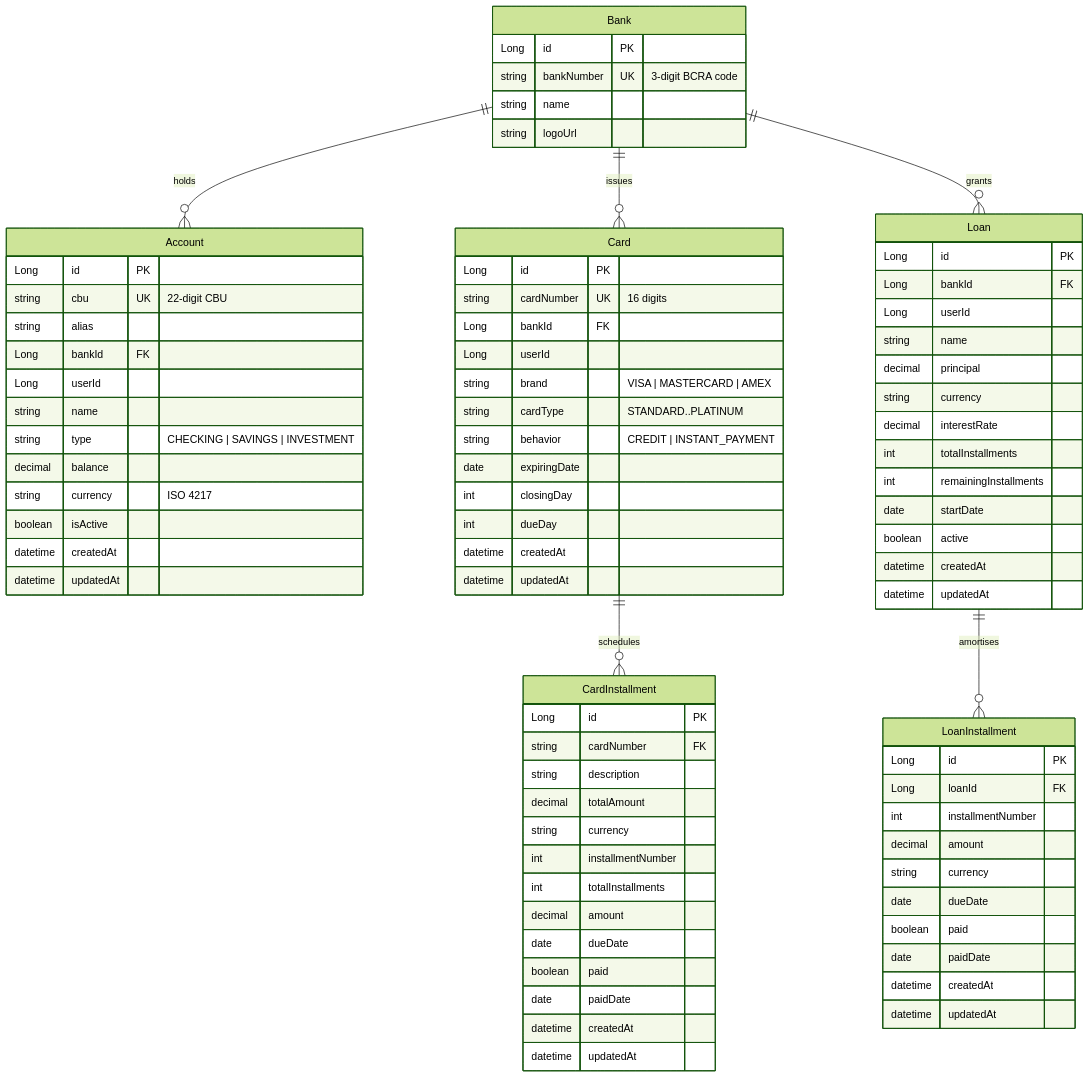
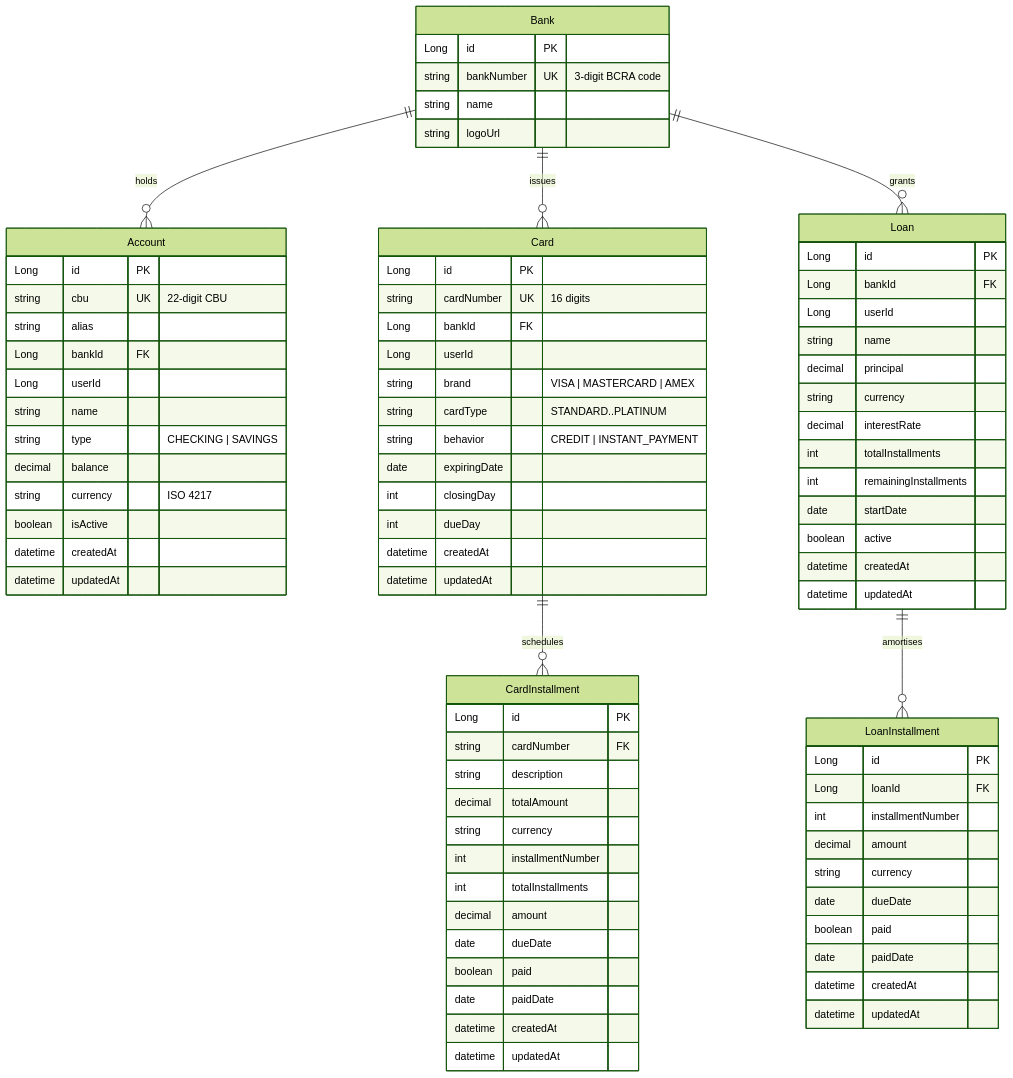
One commit to Sergio-Smirnoff/financial-app changed the first of 2 diagrams in docs/specs/services/ms-banks.md. Above: the diagram before and after it, drawn with Mermaid (forest theme). The commit also changed other lines of this file and 1 other file, not shown here.

First line of the commit message:
docs(specs): purge removed INVESTMENT-account model from ms-banks/ms-investments specs

```diff
--- a/docs/specs/services/ms-banks.md
+++ b/docs/specs/services/ms-banks.md
@@ -99,7 +99,7 @@
         Long bankId FK
         Long userId
         string name
-        string type "CHECKING | SAVINGS | INVESTMENT"
+        string type "CHECKING | SAVINGS"
         decimal balance
         string currency "ISO 4217"
         boolean isActive
```
